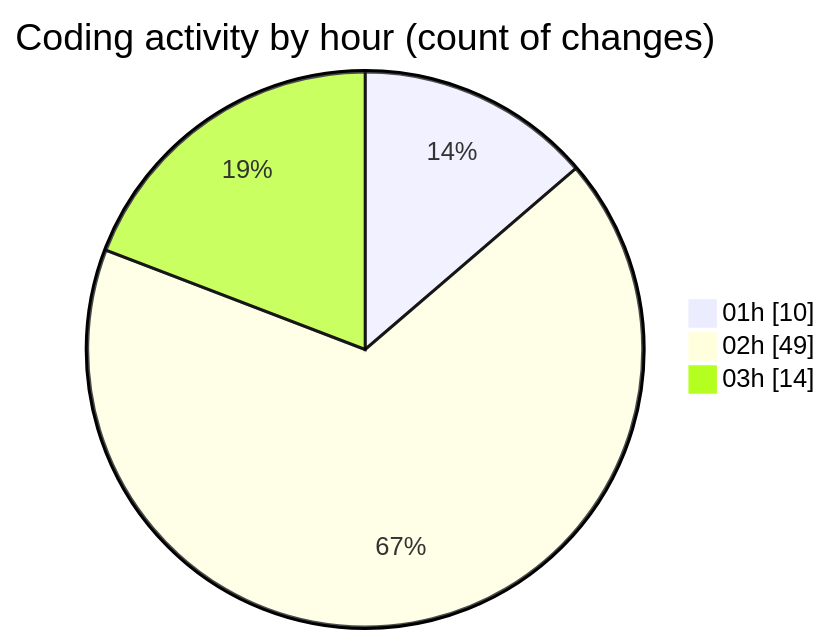
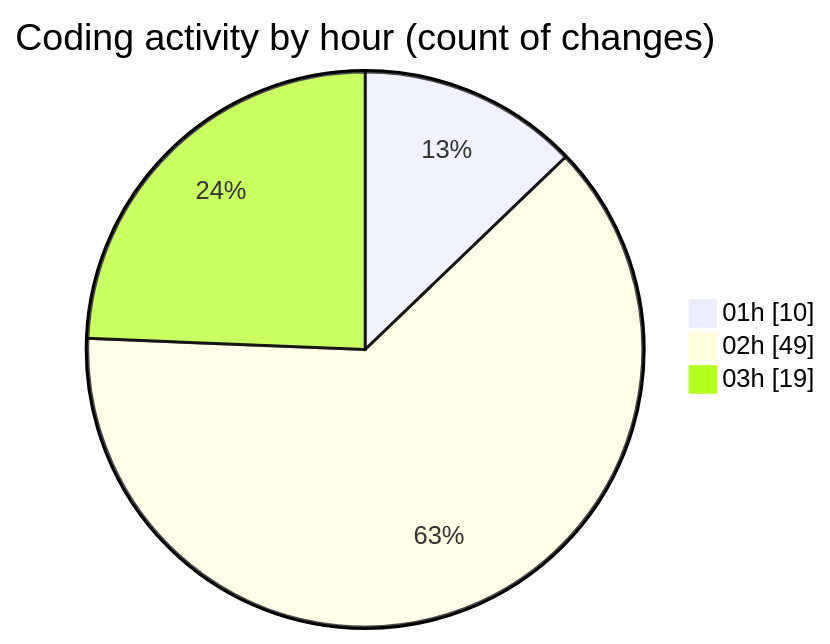
The second of 2 diagrams in 2025-11-21/eventscop-frontend-guide__workspace_/README.md (julien-gomy/code-tracking), drawn with Mermaid before and after one commit. The commit also changed other lines of this file and 1 other file, not shown here.

````diff
--- a/2025-11-21/eventscop-frontend-guide__workspace_/README.md
+++ b/2025-11-21/eventscop-frontend-guide__workspace_/README.md
@@ -58,7 +58,7 @@
 ```mermaid
 pie showData
 title Coding activity by hour (count of changes)
 "01h" : 10
 "02h" : 49
-"03h" : 14
+"03h" : 19
 ```
````
